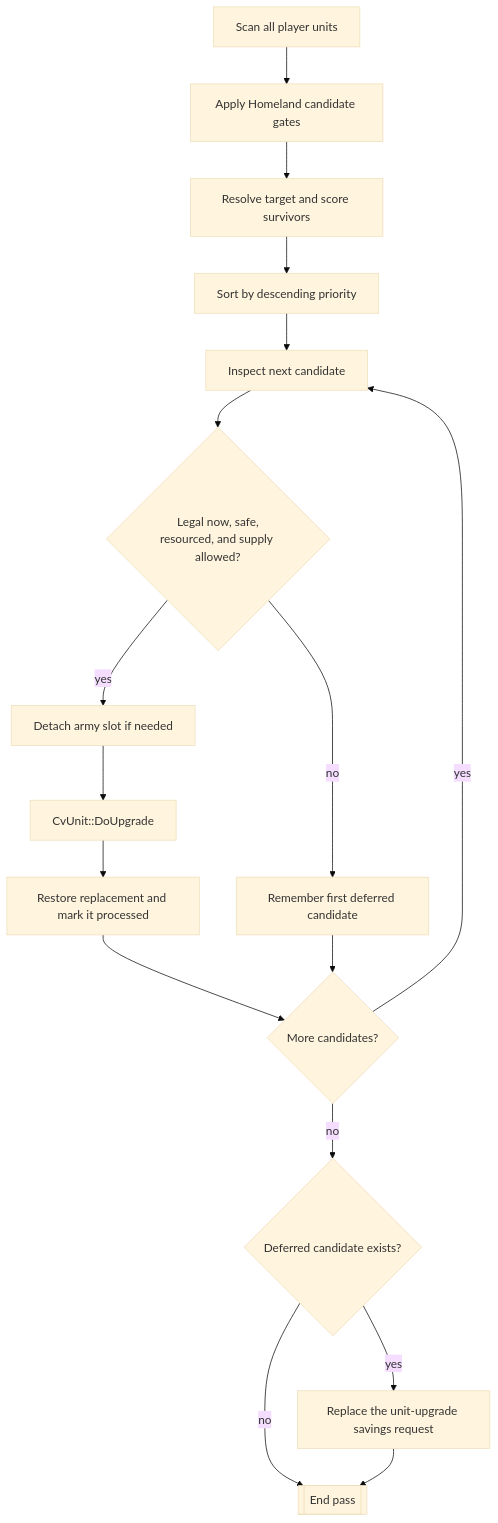
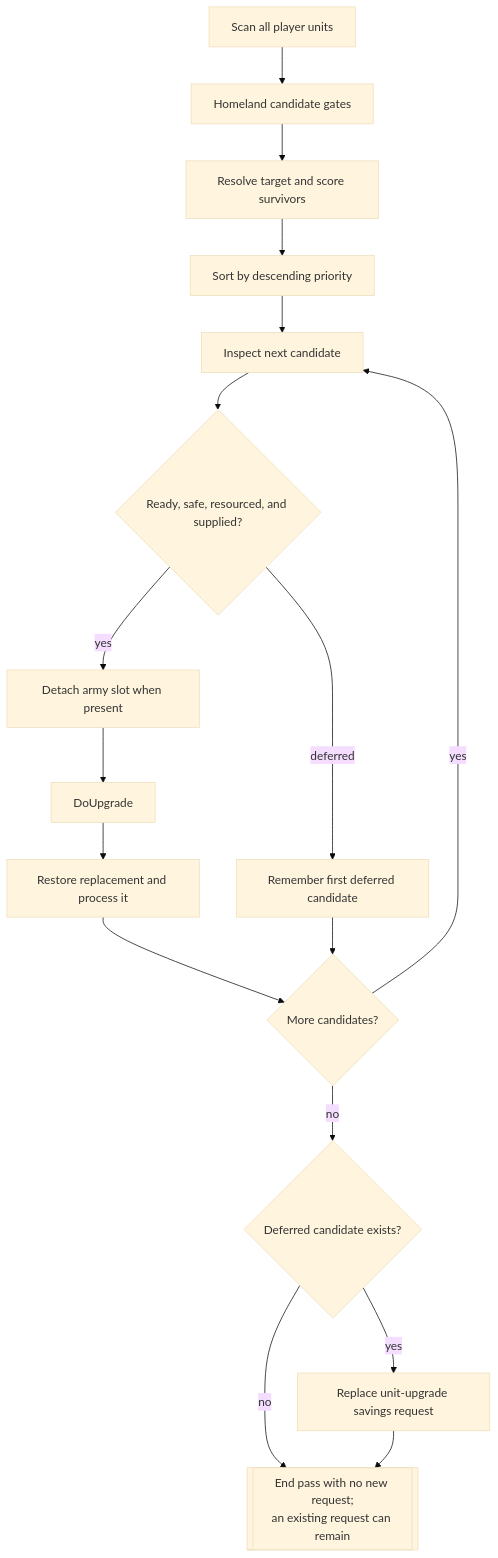
The first of 2 diagrams in docs/developers/civ5-dll/unit-ai/upgrade.md (vox-deorum/vox-deorum), drawn with Mermaid (base theme) before and after one commit. The commit also changed other lines of this file and 12 other files, not shown here.

````diff
--- a/docs/developers/civ5-dll/unit-ai/upgrade.md
+++ b/docs/developers/civ5-dll/unit-ai/upgrade.md
@@ -11,34 +11,19 @@
 ```mermaid
 flowchart TD
-    A[Scan all player units]
-    B[Apply Homeland candidate gates]
-    C[Resolve target and score survivors]
-    D[Sort by descending priority]
-    E[Inspect next candidate]
-    F{Legal now, safe,<br/>resourced, and supply allowed?}
-    G[Detach army slot if needed]
-    H[CvUnit::DoUpgrade]
-    I[Restore replacement and mark it processed]
-    J[Remember first deferred candidate]
-    K{More candidates?}
-    L{Deferred candidate exists?}
-    M[Replace the unit-upgrade savings request]
-    N[[End pass]]
-
-    A --> B
-    B --> C
-    C --> D
-    D --> E
-    E --> F
-    F -->|yes| G
-    G --> H
-    H --> I
-    I --> K
-    F -->|no| J
-    J --> K
-    K -->|yes| E
-    K -->|no| L
-    L -->|yes| M
-    L -->|no| N
-    M --> N
+    S[Scan all player units] --> G[Homeland candidate gates]
+    G --> R[Resolve target and score survivors]
+    R --> O[Sort by descending priority]
+    O --> A[Inspect next candidate]
+    A --> C{Ready, safe, resourced, and supplied?}
+    C -->|yes| H[Detach army slot when present]
+    H --> U[DoUpgrade]
+    U --> P[Restore replacement and process it]
+    C -->|deferred| F[Remember first deferred candidate]
+    P --> M{More candidates?}
+    F --> M
+    M -->|yes| A
+    M -->|no| Q{Deferred candidate exists?}
+    Q -->|yes| W[Replace unit-upgrade savings request]
+    Q -->|no| E[[End pass with no new request;<br/>an existing request can remain]]
+    W --> E
 ```
````
